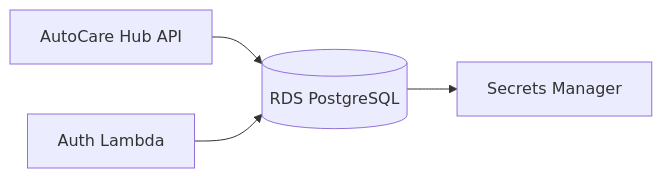
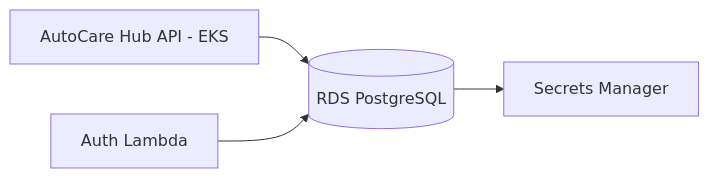
One commit to yxsbx/SOAT-FIAP-autocare-infra-db changed the diagram in README.md. Above: the diagram before and after it, drawn with Mermaid. The commit also changed other lines of this file and 11 other files, not shown here.

````diff
--- a/README.md
+++ b/README.md
@@ -28,6 +68,6 @@
 ```mermaid
 flowchart LR
-  API[AutoCare Hub API] --> RDS[(RDS PostgreSQL)]
+  API[AutoCare Hub API - EKS] --> RDS[(RDS PostgreSQL)]
   Lambda[Auth Lambda] --> RDS
   RDS --> Secrets[Secrets Manager]
 ```
````
